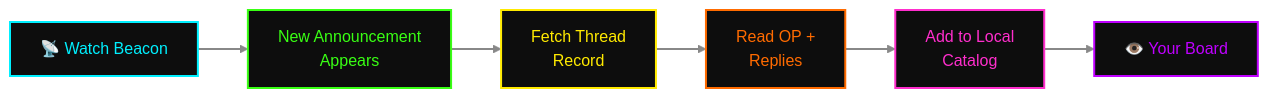
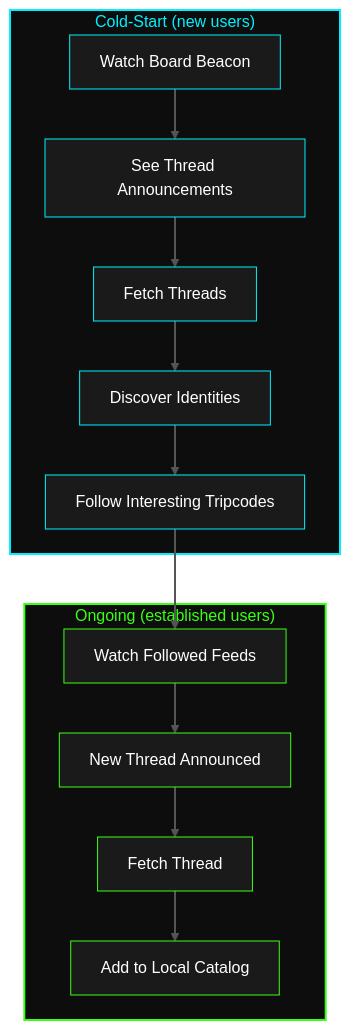
One commit to forria64/voidpost changed the third of 7 diagrams in README.md. Above: the diagram before and after it, drawn with Mermaid. The commit also changed other lines of this file, not shown here.

Commit message:
docs: made 'em boring, architecture change

````diff
--- a/README.md
+++ b/README.md
@@ -279,17 +365,31 @@
 ```mermaid
-flowchart LR
-  A["📡 Watch Beacon"] --> B["New Announcement\nAppears"]
-  B --> C["Fetch Thread\nRecord"]
-  C --> D["Read OP +\nReplies"]
-  D --> E["Add to Local\nCatalog"]
-  E --> F["👁️ Your Board"]
+flowchart TD
+  subgraph cold ["Cold-Start (new users)"]
+    B1["Watch Board Beacon"] --> B2["See Thread Announcements"]
+    B2 --> B3["Fetch Threads"]
+    B3 --> B4["Discover Identities"]
+    B4 --> B5["Follow Interesting Tripcodes"]
+  end
 
-  style A fill:#0d0d0d,stroke:#00f0ff,stroke-width:2px,color:#00f0ff
-  style B fill:#0d0d0d,stroke:#39ff14,stroke-width:2px,color:#39ff14
-  style C fill:#0d0d0d,stroke:#ffea00,stroke-width:2px,color:#ffea00
-  style D fill:#0d0d0d,stroke:#ff6b00,stroke-width:2px,color:#ff6b00
-  style E fill:#0d0d0d,stroke:#ff2ecc,stroke-width:2px,color:#ff2ecc
-  style F fill:#0d0d0d,stroke:#bf00ff,stroke-width:2px,color:#bf00ff
+  subgraph ongoing ["Ongoing (established users)"]
+    F1["Watch Followed Feeds"] --> F2["New Thread Announced"]
+    F2 --> F3["Fetch Thread"]
+    F3 --> F4["Add to Local Catalog"]
+  end
 
-  linkStyle default stroke:#888,stroke-width:2px
+  B5 --> F1
+
+  style cold fill:#0d0d0d,stroke:#00f0ff,stroke-width:2px,color:#00f0ff
+  style ongoing fill:#0d0d0d,stroke:#39ff14,stroke-width:2px,color:#39ff14
+  style B1 fill:#1a1a1a,stroke:#00f0ff,color:#fff
+  style B2 fill:#1a1a1a,stroke:#00f0ff,color:#fff
+  style B3 fill:#1a1a1a,stroke:#00f0ff,color:#fff
+  style B4 fill:#1a1a1a,stroke:#00f0ff,color:#fff
+  style B5 fill:#1a1a1a,stroke:#00f0ff,color:#fff
+  style F1 fill:#1a1a1a,stroke:#39ff14,color:#fff
+  style F2 fill:#1a1a1a,stroke:#39ff14,color:#fff
+  style F3 fill:#1a1a1a,stroke:#39ff14,color:#fff
+  style F4 fill:#1a1a1a,stroke:#39ff14,color:#fff
+
+  linkStyle default stroke:#555,stroke-width:2px
 ```
````
